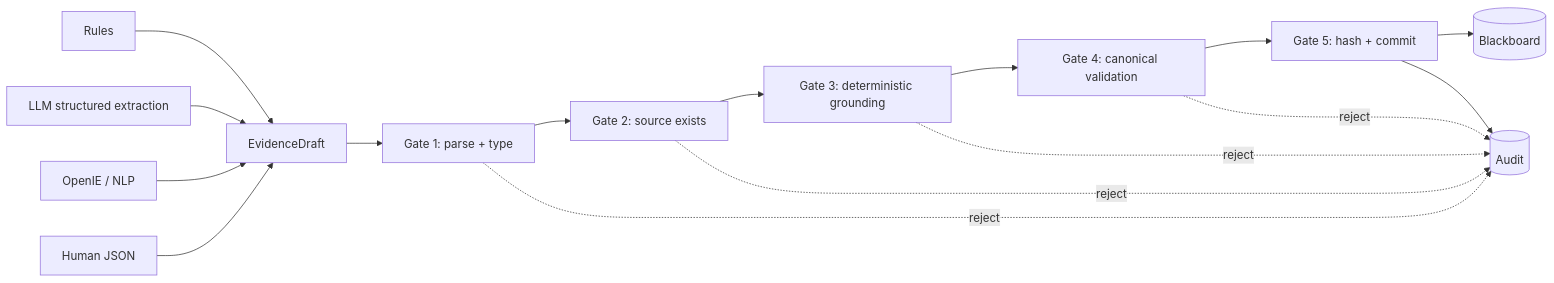
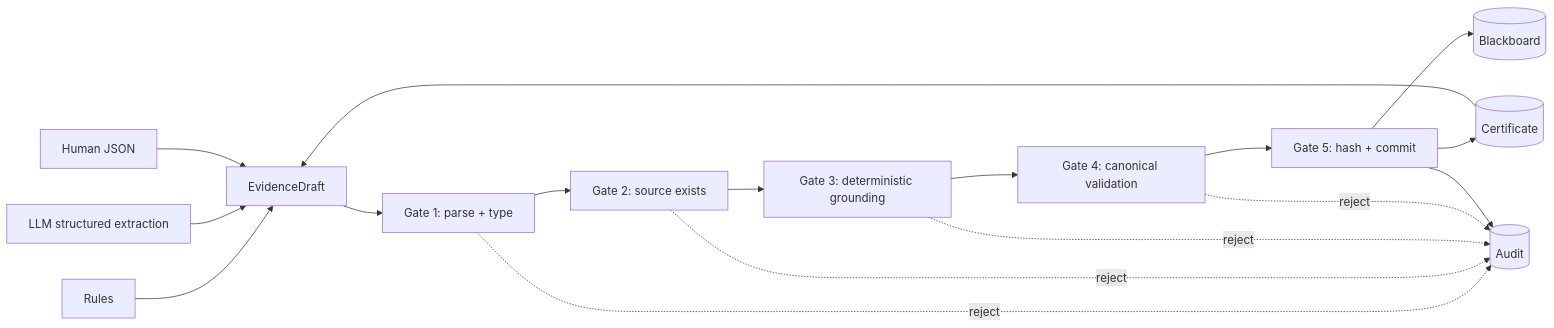
Before and after one commit to nikitph/semanticFirewall: the diagram in README.md, drawn with Mermaid. The commit also changed other lines of this file and 12 other files, not shown here.

````diff
--- a/README.md
+++ b/README.md
@@ -40,18 +42,19 @@
 ```mermaid
 flowchart LR
     A[Rules] --> P[EvidenceDraft]
     B[LLM structured extraction] --> P
     C[OpenIE / NLP] --> P
     D[Human JSON] --> P
     P --> G1[Gate 1: parse + type]
     G1 --> G2[Gate 2: source exists]
     G2 --> G3[Gate 3: deterministic grounding]
     G3 --> G4[Gate 4: canonical validation]
     G4 --> G5[Gate 5: hash + commit]
     G5 --> K[(Blackboard)]
+    G5 --> C[(Certificate)]
     G1 -. reject .-> A1[(Audit)]
     G2 -. reject .-> A1
     G3 -. reject .-> A1
     G4 -. reject .-> A1
     G5 --> A1
 ```
````
